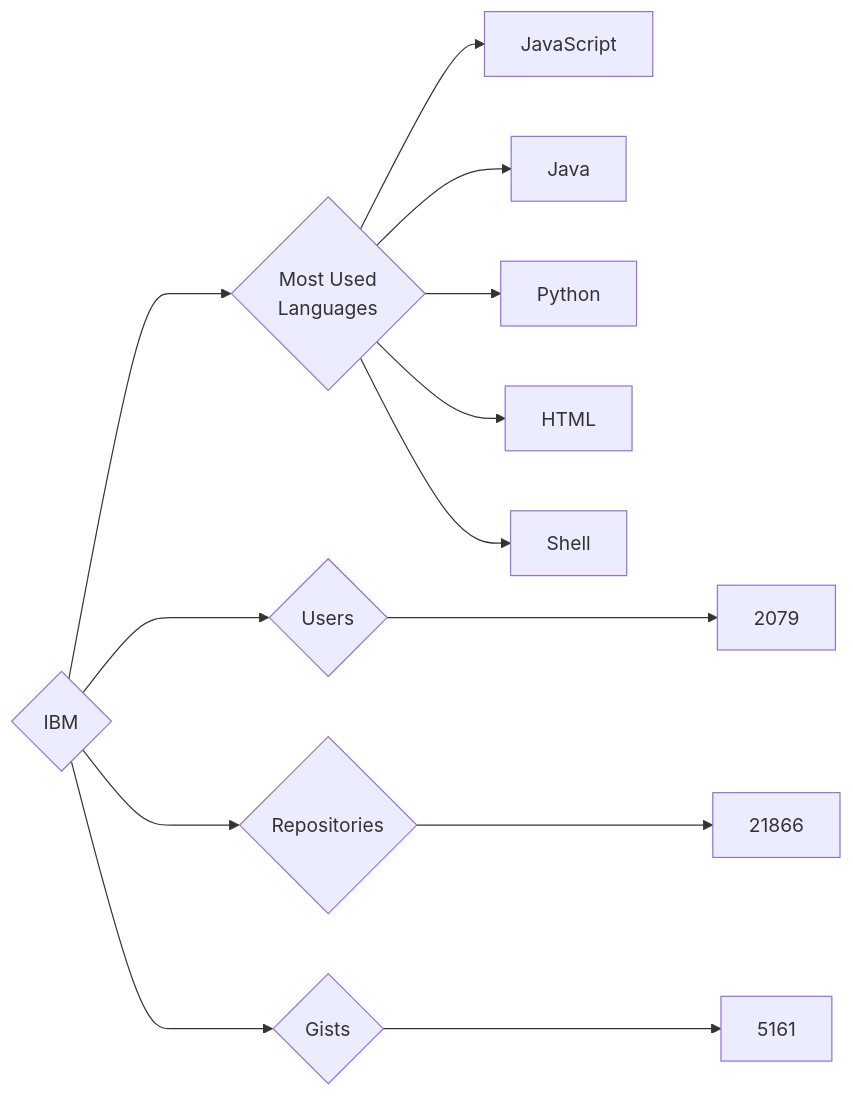
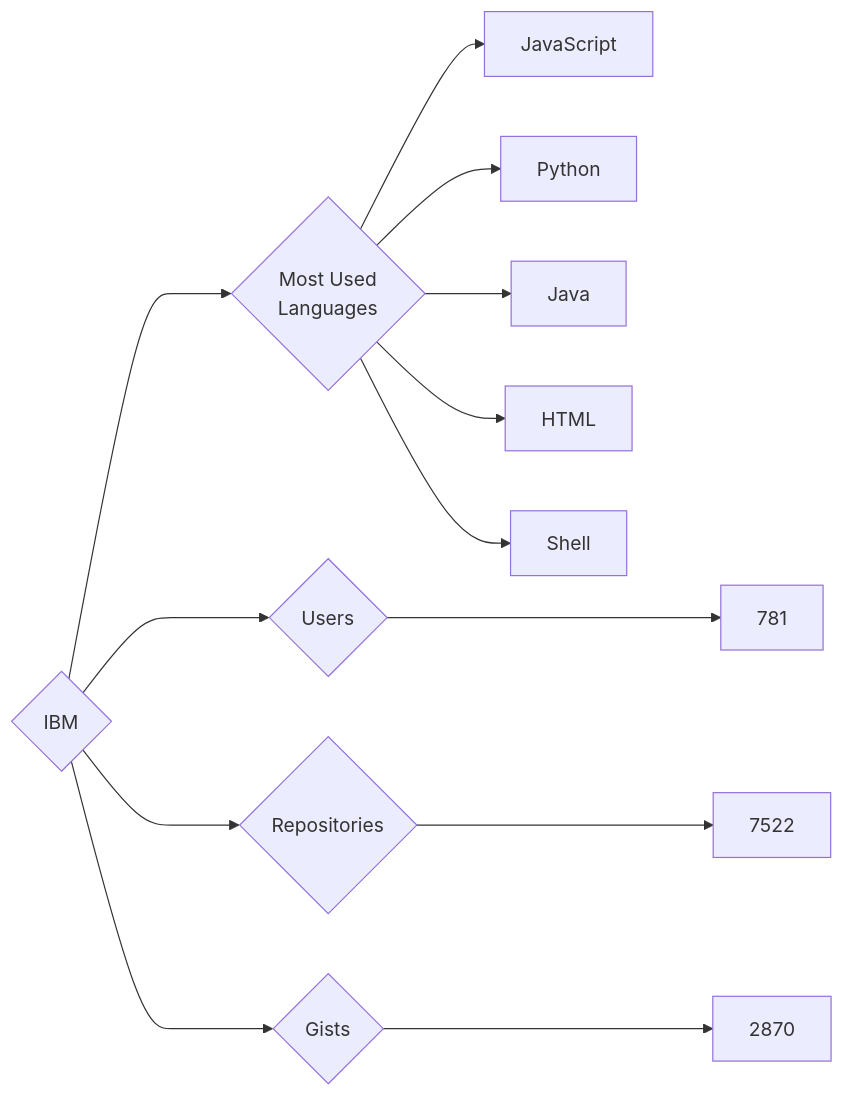
Before and after one commit to trickest/insiders: the diagram in targets/IBM/README.md, drawn with Mermaid. The commit also changed 944 other files, not shown here.

````diff
--- a/targets/IBM/README.md
+++ b/targets/IBM/README.md
@@ -3,13 +3,13 @@
 ```mermaid
 graph LR
 COMPANY_NAME{IBM}
-COMPANY_NAME ---> U{Users} ---> UN[2079]
-COMPANY_NAME ---> R{Repositories} ---> RN[21866]
-COMPANY_NAME ---> G{Gists} ---> GN[5161]
+COMPANY_NAME ---> U{Users} ---> UN[781]
+COMPANY_NAME ---> R{Repositories} ---> RN[7522]
+COMPANY_NAME ---> G{Gists} ---> GN[2870]
 COMPANY_NAME ---> ML{Most Used<br>Languages}
 ML --> JavaScript[JavaScript]
+ML --> Python[Python]
 ML --> Java[Java]
-ML --> Python[Python]
 ML --> HTML[HTML]
 ML --> Shell[Shell]
 ```
````
